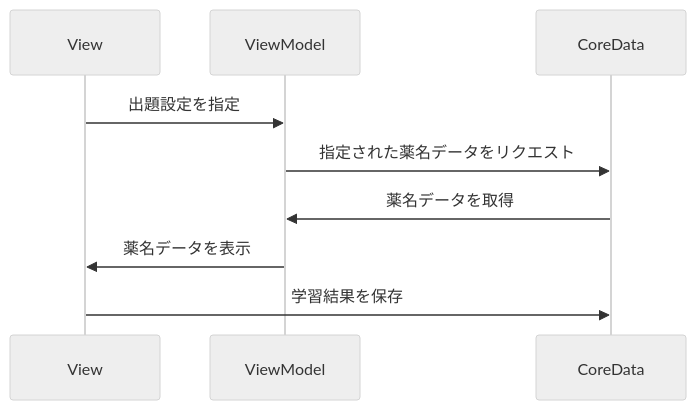
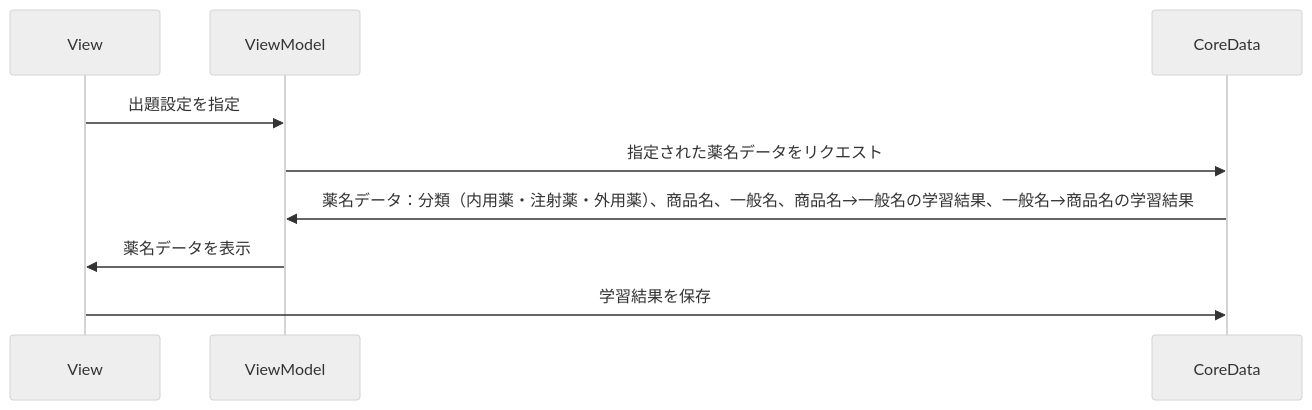
Before and after one commit to tas5521/MedicineNameQuiz: the first of 4 diagrams in README.md, drawn with Mermaid (neutral theme). The commit also changed other lines of this file, not shown here.

Commit message:
#137 シーケンス図を改善

````diff
--- a/README.md
+++ b/README.md
@@ -141,11 +141,11 @@
 ```mermaid
 sequenceDiagram
     participant View
     participant ViewModel
     participant CoreData
     View->>ViewModel: 出題設定を指定
     ViewModel->>CoreData: 指定された薬名データをリクエスト
-    CoreData->>ViewModel: 薬名データを取得
+    CoreData->>ViewModel: 薬名データ：分類（内用薬・注射薬・外用薬）、商品名、一般名、商品名→一般名の学習結果、一般名→商品名の学習結果
     ViewModel->>View: 薬名データを表示
     View->>CoreData: 学習結果を保存
 ```
````
